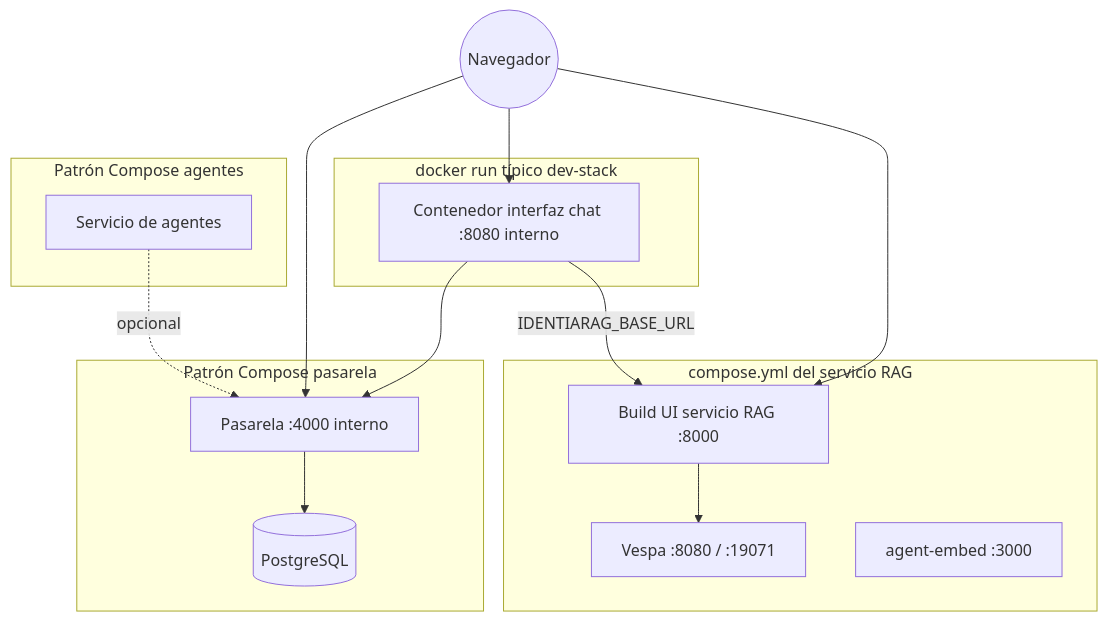
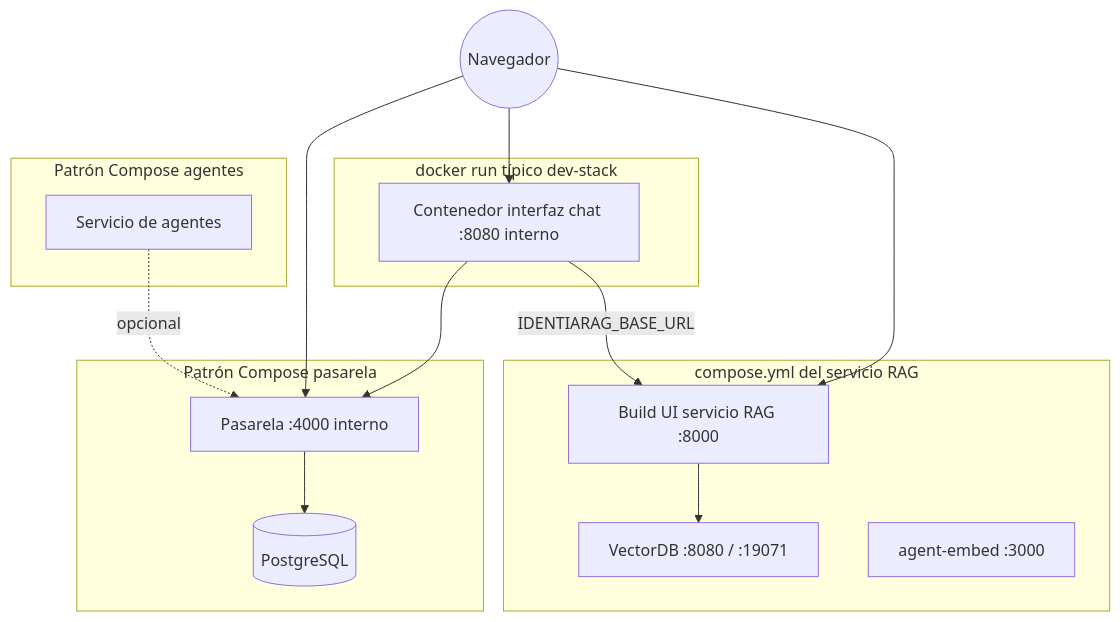
One commit to 13g4d0/docu-es changed the diagram in docs/as-built/c4-containers.md. Above: the diagram before and after it, drawn with Mermaid. The commit also changed other lines of this file and 15 other files, not shown here.

````diff
--- a/docs/as-built/c4-containers.md
+++ b/docs/as-built/c4-containers.md
@@ -5,30 +5,30 @@
 ```mermaid
 flowchart TB
   subgraph identia_compose [compose.yml del servicio RAG]
-    vespa[Vespa :8080 / :19071]
+    vectordb[VectorDB :8080 / :19071]
     ui[Build UI servicio RAG :8000]
     embed[agent-embed :3000]
   end
 
   subgraph webui_run [docker run típico dev-stack]
     webui[Contenedor interfaz chat :8080 interno]
   end
 
   subgraph gateway_stack [Patrón Compose pasarela]
-    litellm[Pasarela :4000 interno]
+    orquestador[Pasarela :4000 interno]
     pg[(PostgreSQL)]
-    litellm --> pg
+    orquestador --> pg
   end
 
   subgraph hermes_stack [Patrón Compose agentes]
     hermes[Servicio de agentes]
   end
 
   browser((Navegador)) --> ui
   browser --> webui
-  browser --> litellm
-  ui --> vespa
+  browser --> orquestador
+  ui --> vectordb
   webui -->|IDENTIARAG_BASE_URL| ui
-  webui --> litellm
-  hermes -.->|opcional| litellm
+  webui --> orquestador
+  hermes -.->|opcional| orquestador
 ```
````
